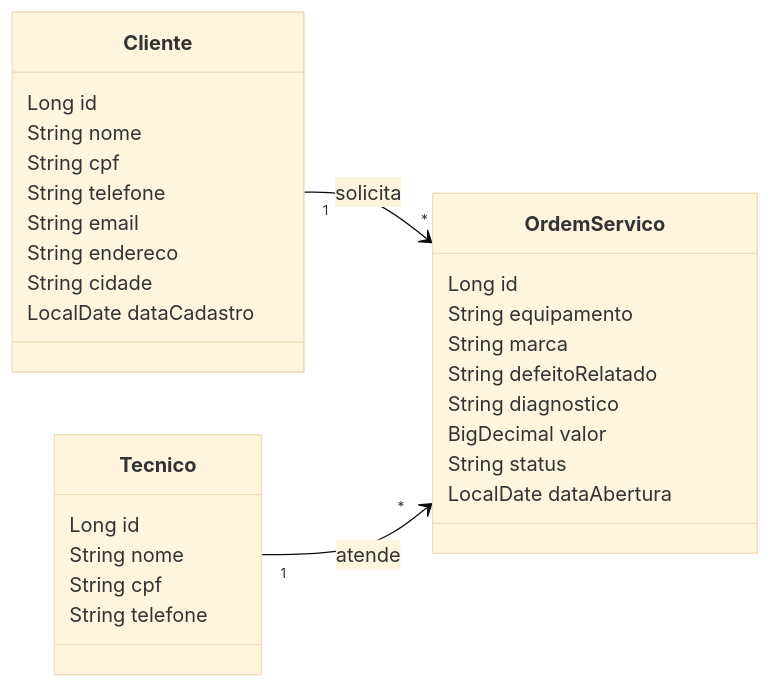
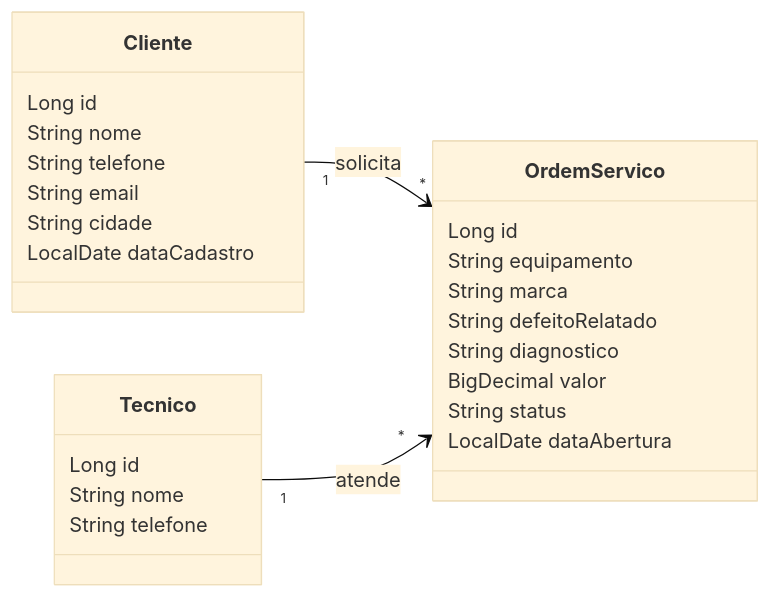
Before and after one commit to FernandoV010/projeto-final-ordens_de_servico-: the diagram in README.md, drawn with Mermaid (base theme).

Commit message:
feat: validação de cliente

````diff
--- a/README.md
+++ b/README.md
@@ -84,32 +84,29 @@
 ```mermaid
 classDiagram
     direction LR
     class Cliente {
         Long id
         String nome
-        String cpf
         String telefone
         String email
-        String endereco
         String cidade
         LocalDate dataCadastro
     }
     class Tecnico {
         Long id
         String nome
-        String cpf
         String telefone
     }
     class OrdemServico {
         Long id
         String equipamento
         String marca
         String defeitoRelatado
         String diagnostico
         BigDecimal valor
         String status
         LocalDate dataAbertura
     }
     Cliente "1" --> "*" OrdemServico : solicita
     Tecnico "1" --> "*" OrdemServico : atende
 ```
````
